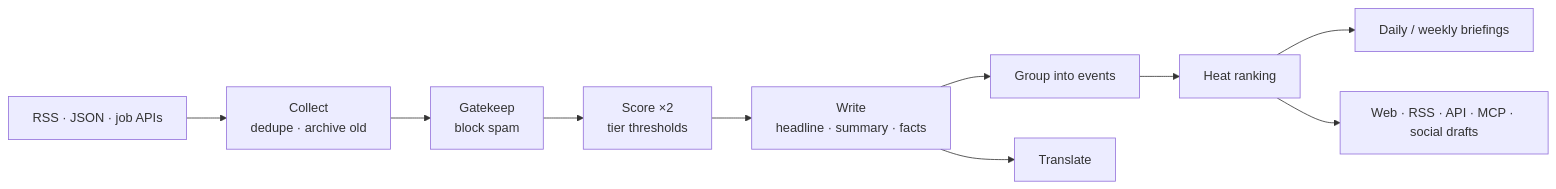
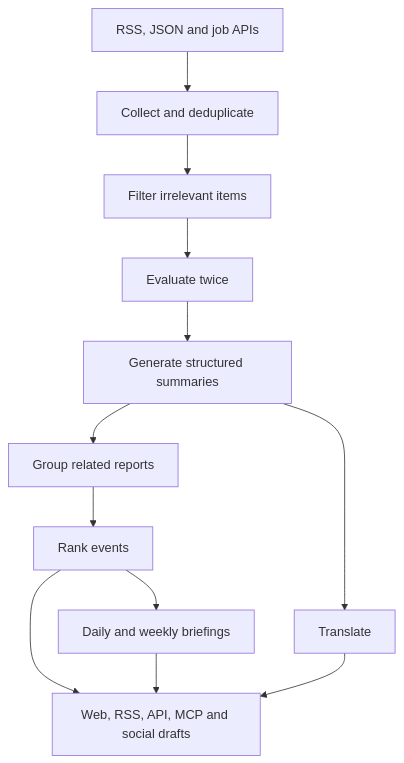
The diagram in README.md (hamza01055/hotpulse), drawn with Mermaid before and after one commit. The commit also changed other lines of this file, not shown here.

````diff
--- a/README.md
+++ b/README.md
@@ -85,12 +173,14 @@
 ```mermaid
-flowchart LR
-  S[RSS · JSON · job APIs] --> C[Collect<br/>dedupe · archive old]
-  C --> P[Gatekeep<br/>block spam]
-  P --> SC[Score ×2<br/>tier thresholds]
-  SC --> W[Write<br/>headline · summary · facts]
-  W --> G[Group into events]
-  G --> H[Heat ranking]
-  H --> B[Daily / weekly briefings]
-  W --> T[Translate]
-  H --> O[Web · RSS · API · MCP · social drafts]
+flowchart TD
+    S["RSS, JSON and job APIs"] --> C["Collect and deduplicate"]
+    C --> P["Filter irrelevant items"]
+    P --> SC["Evaluate twice"]
+    SC --> W["Generate structured summaries"]
+    W --> G["Group related reports"]
+    G --> H["Rank events"]
+    H --> B["Daily and weekly briefings"]
+    W --> T["Translate"]
+    H --> O["Web, RSS, API, MCP and social drafts"]
+    B --> O
+    T --> O
 ```
````
